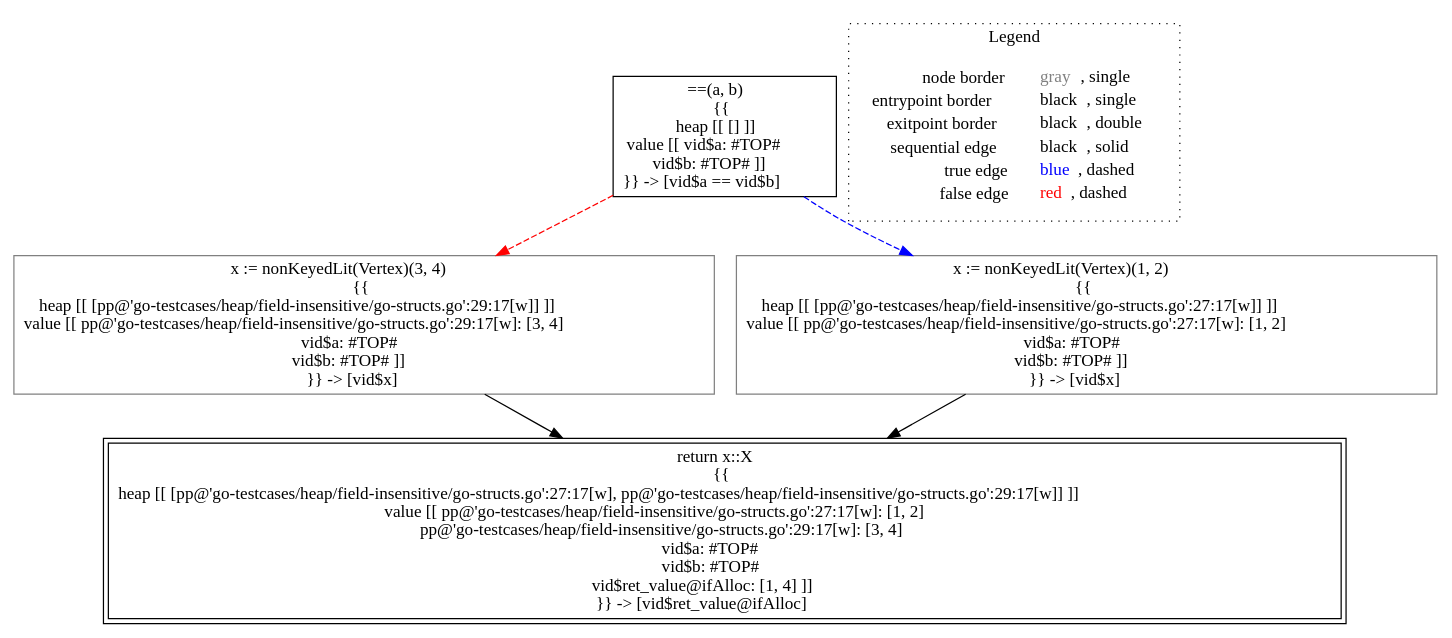
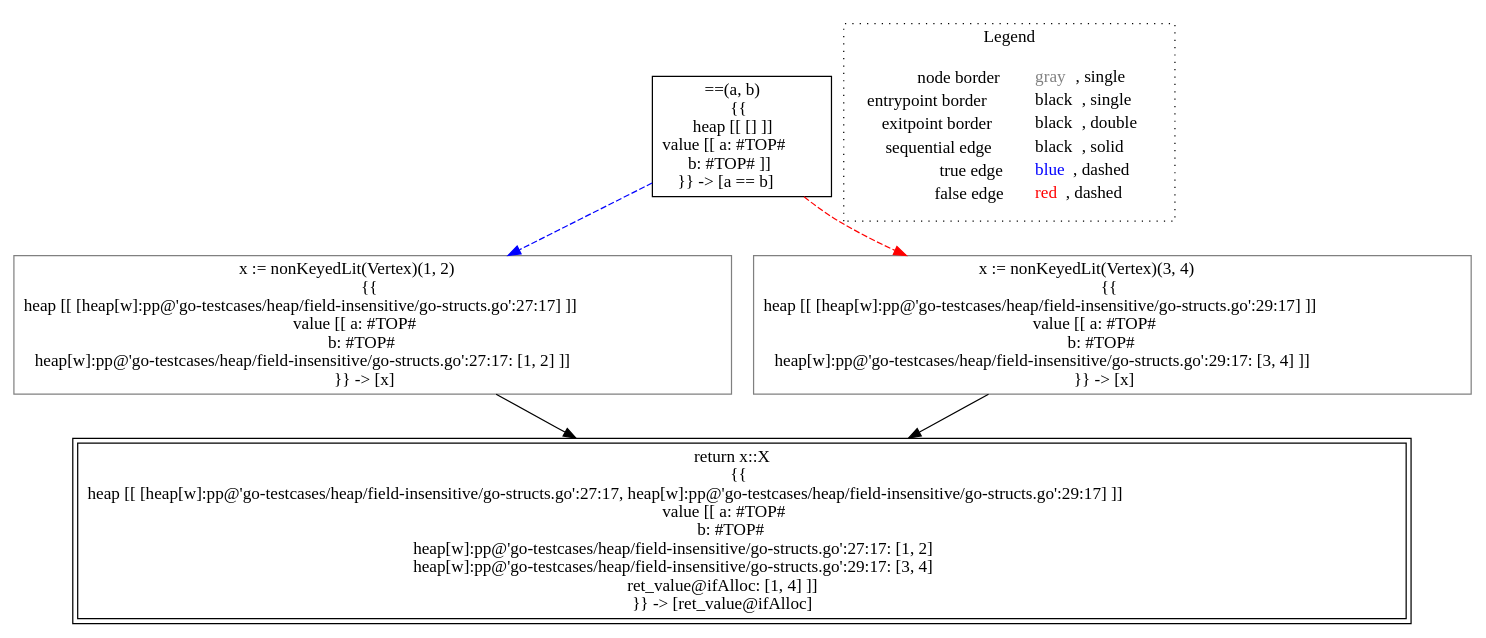
One commit to lisa-analyzer/go-lisa changed the diagram in go-lisa/go-testcases/heap/field-insensitive/analysis___untyped_~LiSAProgram.ifAlloc(int_a,_int_b).dot. Above: the diagram before and after it, drawn with Graphviz. The commit also changed 11 other files, not shown here.

```diff
--- a/go-lisa/go-testcases/heap/field-insensitive/analysis___untyped_~LiSAProgram.ifAlloc(int_a,_int_b).dot
+++ b/go-lisa/go-testcases/heap/field-insensitive/analysis___untyped_~LiSAProgram.ifAlloc(int_a,_int_b).dot
@@ -1,17 +1,17 @@
 digraph {
-	"node0" [shape="rect",color="black",label=<==(a, b)<BR/>{{<BR/>heap [[ [] ]]<BR/>value [[ vid$a: #TOP#<BR/>vid$b: #TOP# ]]<BR/>}} -&gt; [vid$a == vid$b]>];
-	"node1" [shape="rect",color="gray",label=<x := nonKeyedLit(Vertex)(3, 4)<BR/>{{<BR/>heap [[ [pp@'go-testcases/heap/field-insensitive/go-structs.go':29:17[w]] ]]<BR/>value [[ pp@'go-testcases/heap/field-insensitive/go-structs.go':29:17[w]: [3, 4]<BR/>vid$a: #TOP#<BR/>vid$b: #TOP# ]]<BR/>}} -&gt; [vid$x]>];
-	"node2" [shape="rect",color="gray",label=<x := nonKeyedLit(Vertex)(1, 2)<BR/>{{<BR/>heap [[ [pp@'go-testcases/heap/field-insensitive/go-structs.go':27:17[w]] ]]<BR/>value [[ pp@'go-testcases/heap/field-insensitive/go-structs.go':27:17[w]: [1, 2]<BR/>vid$a: #TOP#<BR/>vid$b: #TOP# ]]<BR/>}} -&gt; [vid$x]>];
-	"node3" [shape="rect",color="black",peripheries="2",label=<return x::X<BR/>{{<BR/>heap [[ [pp@'go-testcases/heap/field-insensitive/go-structs.go':27:17[w], pp@'go-testcases/heap/field-insensitive/go-structs.go':29:17[w]] ]]<BR/>value [[ pp@'go-testcases/heap/field-insensitive/go-structs.go':27:17[w]: [1, 2]<BR/>pp@'go-testcases/heap/field-insensitive/go-structs.go':29:17[w]: [3, 4]<BR/>vid$a: #TOP#<BR/>vid$b: #TOP#<BR/>vid$ret_value@ifAlloc: [1, 4] ]]<BR/>}} -&gt; [vid$ret_value@ifAlloc]>];
-	"node0" -> "node1" [color="red",style="dashed"];
-	"node0" -> "node2" [color="blue",style="dashed"];
+	"node0" [shape="rect",color="black",label=<==(a, b)<BR/>{{<BR/>heap [[ [] ]]<BR/>value [[ a: #TOP#<BR/>b: #TOP# ]]<BR/>}} -&gt; [a == b]>];
+	"node1" [shape="rect",color="gray",label=<x := nonKeyedLit(Vertex)(1, 2)<BR/>{{<BR/>heap [[ [heap[w]:pp@'go-testcases/heap/field-insensitive/go-structs.go':27:17] ]]<BR/>value [[ a: #TOP#<BR/>b: #TOP#<BR/>heap[w]:pp@'go-testcases/heap/field-insensitive/go-structs.go':27:17: [1, 2] ]]<BR/>}} -&gt; [x]>];
+	"node2" [shape="rect",color="gray",label=<x := nonKeyedLit(Vertex)(3, 4)<BR/>{{<BR/>heap [[ [heap[w]:pp@'go-testcases/heap/field-insensitive/go-structs.go':29:17] ]]<BR/>value [[ a: #TOP#<BR/>b: #TOP#<BR/>heap[w]:pp@'go-testcases/heap/field-insensitive/go-structs.go':29:17: [3, 4] ]]<BR/>}} -&gt; [x]>];
+	"node3" [shape="rect",color="black",peripheries="2",label=<return x::X<BR/>{{<BR/>heap [[ [heap[w]:pp@'go-testcases/heap/field-insensitive/go-structs.go':27:17, heap[w]:pp@'go-testcases/heap/field-insensitive/go-structs.go':29:17] ]]<BR/>value [[ a: #TOP#<BR/>b: #TOP#<BR/>heap[w]:pp@'go-testcases/heap/field-insensitive/go-structs.go':27:17: [1, 2]<BR/>heap[w]:pp@'go-testcases/heap/field-insensitive/go-structs.go':29:17: [3, 4]<BR/>ret_value@ifAlloc: [1, 4] ]]<BR/>}} -&gt; [ret_value@ifAlloc]>];
+	"node0" -> "node1" [color="blue",style="dashed"];
+	"node0" -> "node2" [color="red",style="dashed"];
 	"node1" -> "node3" [color="black"];
 	"node2" -> "node3" [color="black"];
 subgraph cluster_legend {
 	label="Legend";
 	style=dotted;
 	node [shape=plaintext];
 	"legend" [label=<<table border="0" cellpadding="2" cellspacing="0" cellborder="0"><tr><td align="right">node border&nbsp;</td><td align="left"><font color="gray">gray</font>, single</td></tr><tr><td align="right">entrypoint border&nbsp;</td><td align="left"><font color="black">black</font>, single</td></tr><tr><td align="right">exitpoint border&nbsp;</td><td align="left"><font color="black">black</font>, double</td></tr><tr><td align="right">sequential edge&nbsp;</td><td align="left"><font color="black">black</font>, solid</td></tr><tr><td align="right">true edge&nbsp;</td><td align="left"><font color="blue">blue</font>, dashed</td></tr><tr><td align="right">false edge&nbsp;</td><td align="left"><font color="red">red</font>, dashed</td></tr></table>>];
 }
 
 }
```
